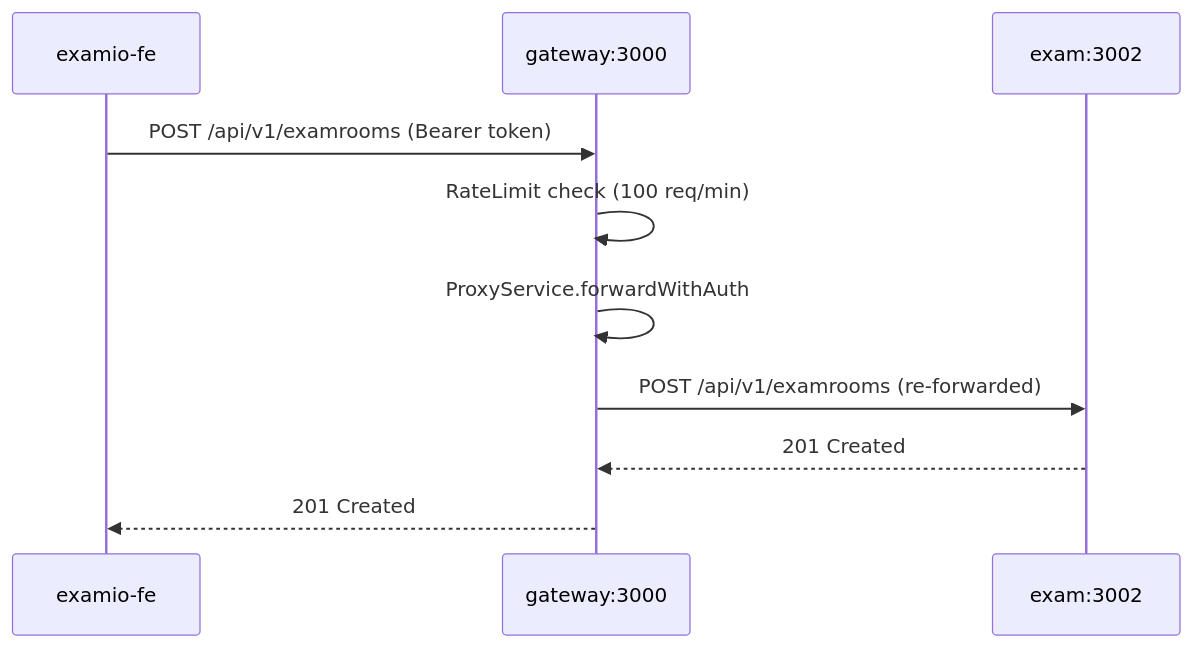
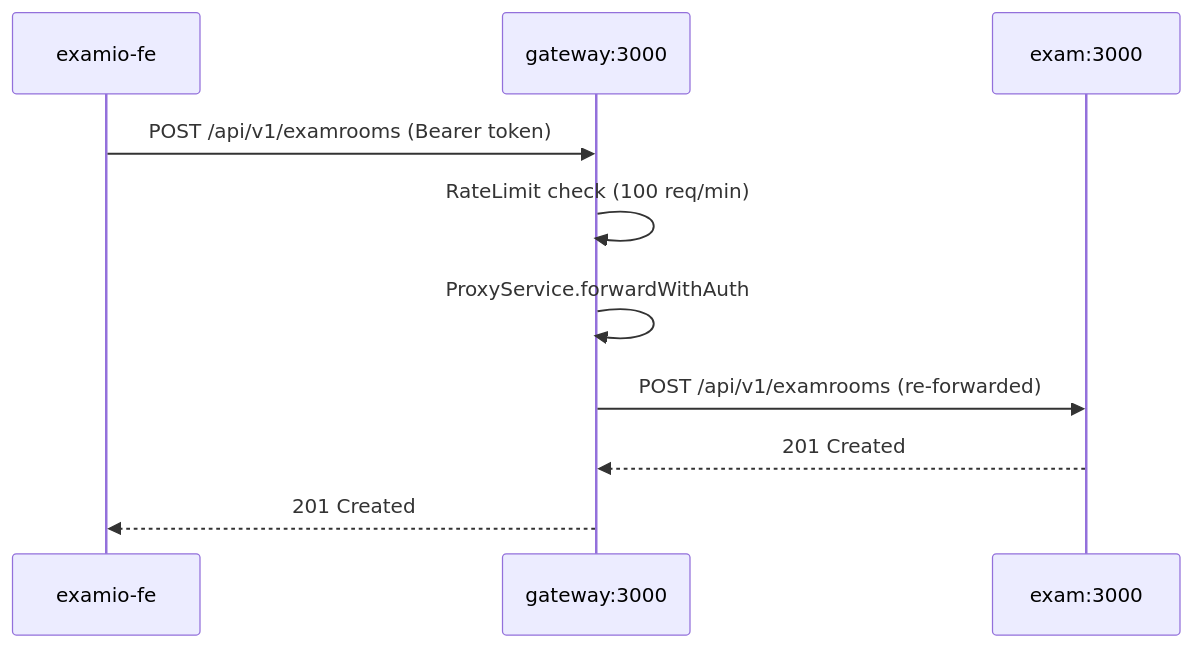
The second of 8 diagrams in docs/system/architecture.md (tgiap04/examio), drawn with Mermaid before and after one commit. The commit also changed other lines of this file and 6 other files, not shown here.

````diff
--- a/docs/system/architecture.md
+++ b/docs/system/architecture.md
@@ -81,12 +83,12 @@
 ```mermaid
 sequenceDiagram
     participant FE as examio-fe
     participant GW as gateway:3000
-    participant EX as exam:3002
+    participant EX as exam:3000
     FE->>GW: POST /api/v1/examrooms (Bearer token)
     GW->>GW: RateLimit check (100 req/min)
     GW->>GW: ProxyService.forwardWithAuth
     GW->>EX: POST /api/v1/examrooms (re-forwarded)
     EX-->>GW: 201 Created
     GW-->>FE: 201 Created
 ```
````
